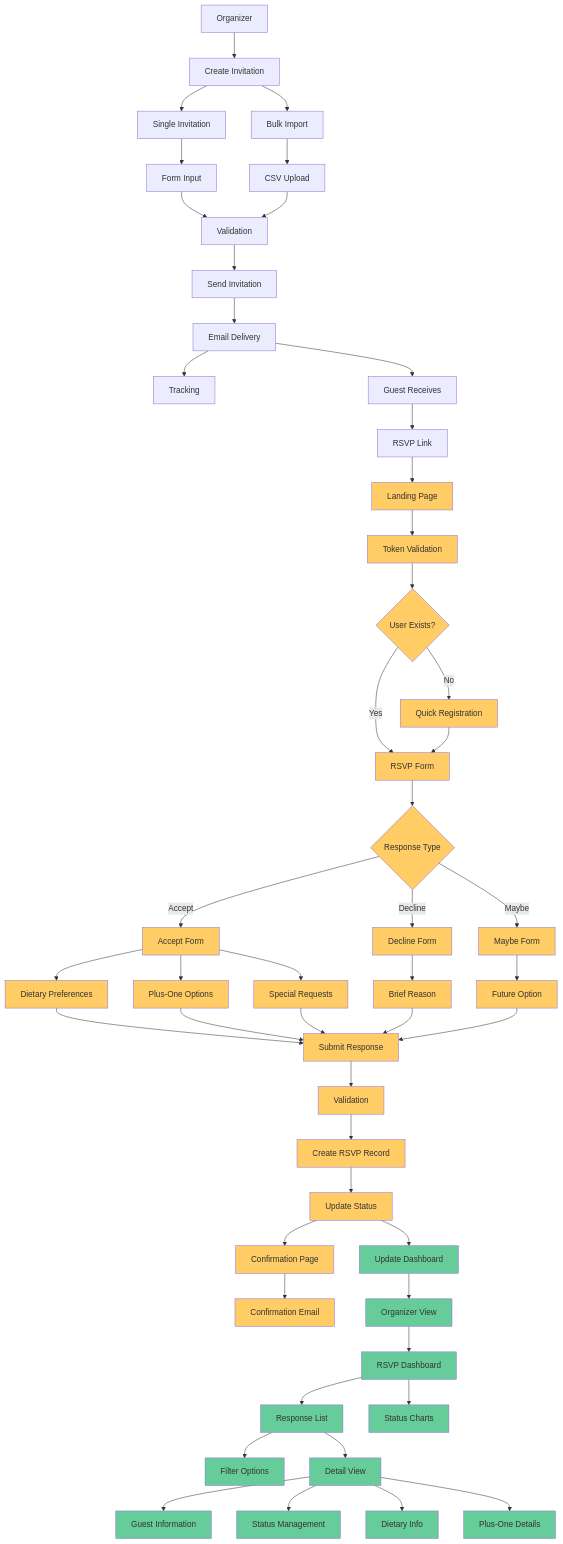
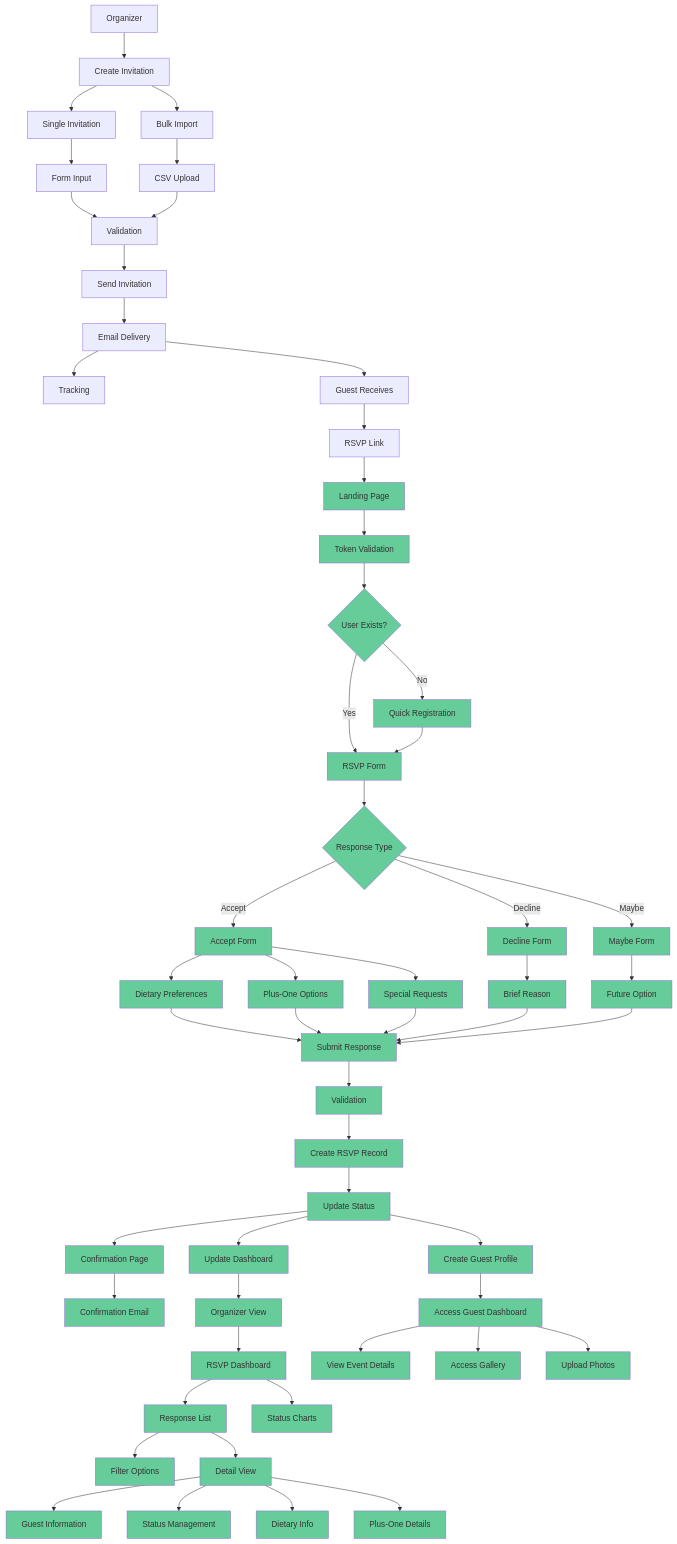
One commit to mrj0nesmtl/cloud-burst changed the second of 3 diagrams in docs/user-flows/user_flow_chart.md. Above: the diagram before and after it, drawn with Mermaid. The commit also changed other lines of this file and 2 other files, not shown here.

Commit message:
docs: update user flow documentation and CHANGELOG for guest photo upload

````diff
--- a/docs/user-flows/user_flow_chart.md
+++ b/docs/user-flows/user_flow_chart.md
@@ -218,6 +249,12 @@
     AM --> AP[Dietary Info]
     AM --> AQ[Plus-One Details]
     
+    AD --> AR[Create Guest Profile]
+    AR --> AS[Access Guest Dashboard]
+    AS --> AT[View Event Details]
+    AS --> AU[Access Gallery]
+    AS --> AV[Upload Photos]
+    
     style AI fill:#66cc99
     style AJ fill:#66cc99
     style AK fill:#66cc99
@@ -230,24 +267,29 @@
     style AH fill:#66cc99
     style AG fill:#66cc99
     
-    style M fill:#ffcc66
-    style N fill:#ffcc66
-    style O fill:#ffcc66
-    style P fill:#ffcc66
-    style Q fill:#ffcc66
-    style R fill:#ffcc66
-    style S fill:#ffcc66
-    style T fill:#ffcc66
-    style U fill:#ffcc66
-    style V fill:#ffcc66
-    style W fill:#ffcc66
-    style X fill:#ffcc66
-    style Y fill:#ffcc66
-    style Z fill:#ffcc66
-    style AA fill:#ffcc66
-    style AB fill:#ffcc66
-    style AC fill:#ffcc66
-    style AD fill:#ffcc66
-    style AE fill:#ffcc66
-    style AF fill:#ffcc66
+    style M fill:#66cc99
+    style N fill:#66cc99
+    style O fill:#66cc99
+    style P fill:#66cc99
+    style Q fill:#66cc99
+    style R fill:#66cc99
+    style S fill:#66cc99
+    style T fill:#66cc99
+    style U fill:#66cc99
+    style V fill:#66cc99
+    style W fill:#66cc99
+    style X fill:#66cc99
+    style Y fill:#66cc99
+    style Z fill:#66cc99
+    style AA fill:#66cc99
+    style AB fill:#66cc99
+    style AC fill:#66cc99
+    style AD fill:#66cc99
+    style AE fill:#66cc99
+    style AF fill:#66cc99
+    style AR fill:#66cc99
+    style AS fill:#66cc99
+    style AT fill:#66cc99
+    style AU fill:#66cc99
+    style AV fill:#66cc99
 ```
````
